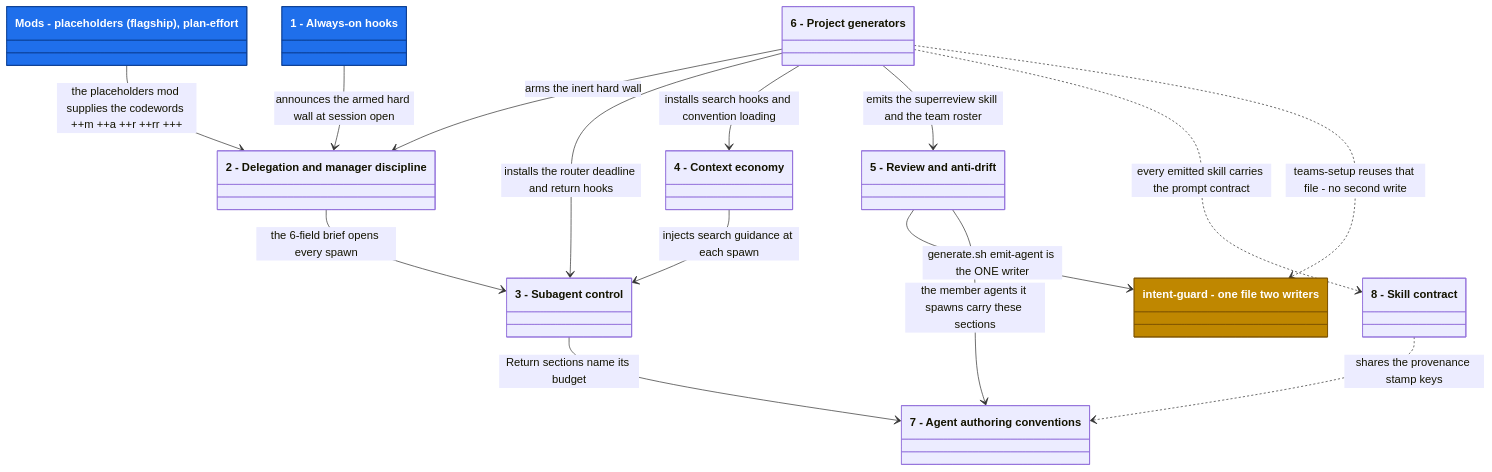
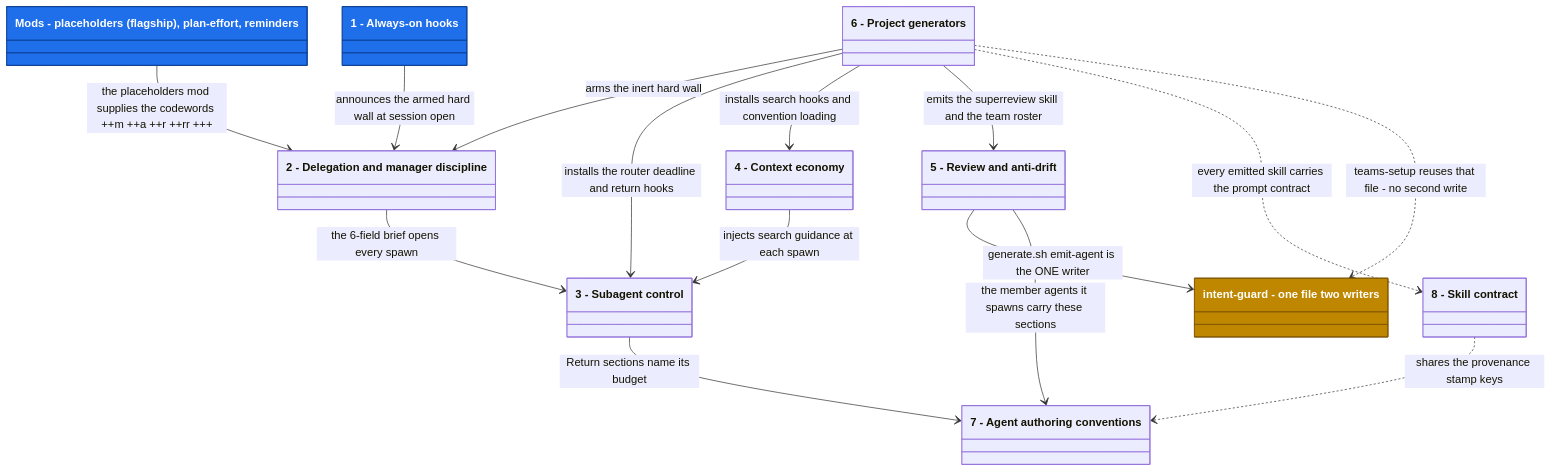
Before and after one commit to kochetkov-ma/claude-brewcode: the first of 2 diagrams in APPROACHES.md, drawn with Mermaid. The commit also changed other lines of this file and 29 other files, not shown here.

Commit message:
docs(reminders): mod README, docs page, mods lists, release notes v6.11.0

````diff
--- a/APPROACHES.md
+++ b/APPROACHES.md
@@ -141,34 +187,34 @@
 ```mermaid
 classDiagram
   direction TB
 
-  class S0["Mods - placeholders (flagship), plan-effort"]
+  class S0["Mods - placeholders (flagship), plan-effort, reminders"]
   class S1["1 - Always-on hooks"]
   class S2["2 - Delegation and manager discipline"]
   class S3["3 - Subagent control"]
   class S4["4 - Context economy"]
   class S5["5 - Review and anti-drift"]
   class S6["6 - Project generators"]
   class S7["7 - Agent authoring conventions"]
   class S8["8 - Skill contract"]
   class IG["intent-guard - one file two writers"]
 
   S0 --> S2 : the placeholders mod supplies the codewords ++m ++a ++r ++rr +++
   S1 --> S2 : announces the armed hard wall at session open
   S6 --> S2 : arms the inert hard wall
   S6 --> S3 : installs the router deadline and return hooks
   S6 --> S4 : installs search hooks and convention loading
   S6 --> S5 : emits the superreview skill and the team roster
   S6 ..> S8 : every emitted skill carries the prompt contract
   S6 ..> IG : teams-setup reuses that file - no second write
   S5 --> IG : generate.sh emit-agent is the ONE writer
   S5 --> S7 : the member agents it spawns carry these sections
   S2 --> S3 : the 6-field brief opens every spawn
   S4 --> S3 : injects search guidance at each spawn
   S3 --> S7 : Return sections name its budget
   S8 ..> S7 : shares the provenance stamp keys
 
   style S0 fill:#1f6feb,stroke:#0b3d91,color:#ffffff
   style S1 fill:#1f6feb,stroke:#0b3d91,color:#ffffff
   style IG fill:#bf8700,stroke:#7d5300,color:#ffffff
 ```
````
